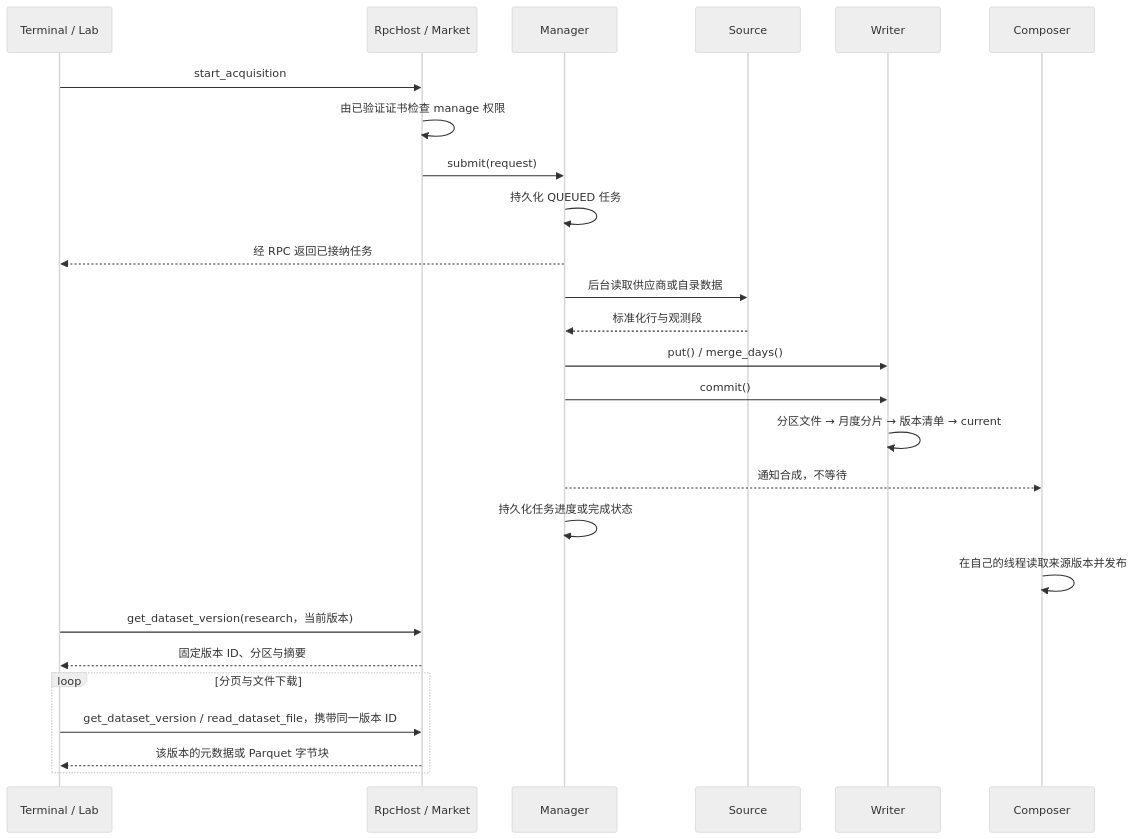
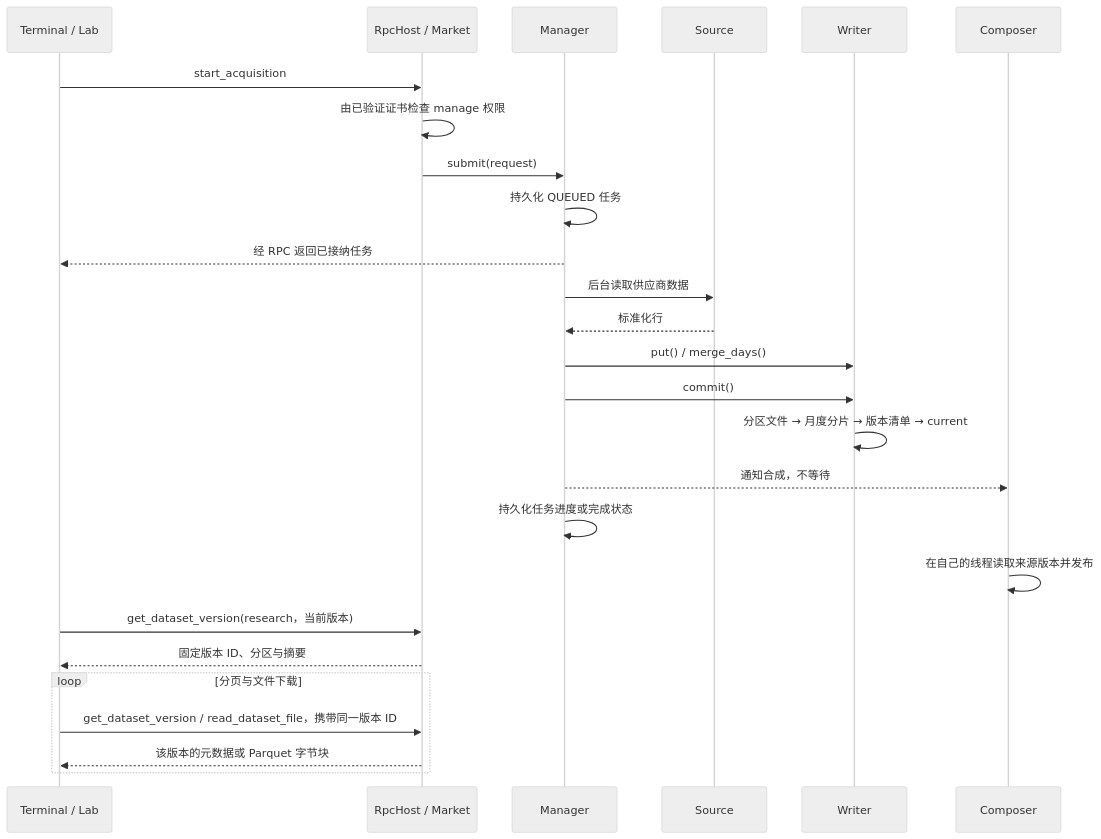
Before and after one commit to isqiwen/asterion-terminal: the fifth of 5 diagrams in docs/market/architecture.md, drawn with Mermaid (neutral theme). The commit also changed other lines of this file and 95 other files, not shown here.

````diff
--- a/docs/market/architecture.md
+++ b/docs/market/architecture.md
@@ -190,28 +154,28 @@
 ```mermaid
 sequenceDiagram
     participant Client as Terminal / Lab
     participant RPC as RpcHost / Market
     participant Manager
     participant Source
     participant Writer
     participant Research as Composer
     Client->>RPC: start_acquisition
     RPC->>RPC: 由已验证证书检查 manage 权限
     RPC->>Manager: submit(request)
     Manager->>Manager: 持久化 QUEUED 任务
     Manager-->>Client: 经 RPC 返回已接纳任务
-    Manager->>Source: 后台读取供应商或自录数据
-    Source-->>Manager: 标准化行与观测段
+    Manager->>Source: 后台读取供应商数据
+    Source-->>Manager: 标准化行
     Manager->>Writer: put() / merge_days()
     Manager->>Writer: commit()
     Writer->>Writer: 分区文件 → 月度分片 → 版本清单 → current
     Manager-->>Research: 通知合成，不等待
     Manager->>Manager: 持久化任务进度或完成状态
     Research->>Research: 在自己的线程读取来源版本并发布
     Client->>RPC: get_dataset_version(research，当前版本)
     RPC-->>Client: 固定版本 ID、分区与摘要
     loop 分页与文件下载
         Client->>RPC: get_dataset_version / read_dataset_file，携带同一版本 ID
         RPC-->>Client: 该版本的元数据或 Parquet 字节块
     end
 ```
````
